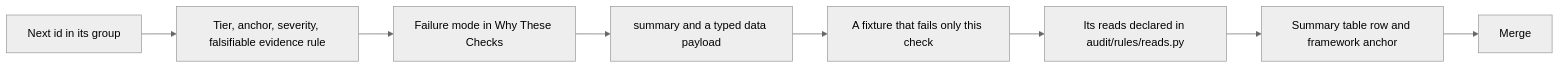
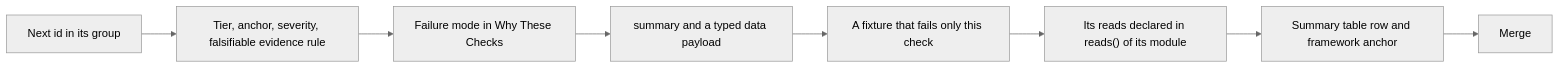
One commit to Nistapp/codebase-agentic-readiness-framework changed the diagram in audit/engine/docs/architecture/contributor-deep-dive/02-check-catalogue.md. Above: the diagram before and after it, drawn with Mermaid (neutral theme). The commit also changed other lines of this file and 5 other files, not shown here.

````diff
--- a/audit/engine/docs/architecture/contributor-deep-dive/02-check-catalogue.md
+++ b/audit/engine/docs/architecture/contributor-deep-dive/02-check-catalogue.md
@@ -242,10 +242,10 @@
 ```mermaid
 flowchart LR
     A["Next id in its group"] --> B["Tier, anchor, severity, falsifiable evidence rule"]
     B --> C["Failure mode in Why These Checks"]
     C --> D["summary and a typed data payload"]
     D --> E["A fixture that fails only this check"]
-    E --> R["Its reads declared in audit/rules/reads.py"]
+    E --> R["Its reads declared in reads() of its module"]
     R --> F["Summary table row and framework anchor"]
     F --> G["Merge"]
 ```
````
